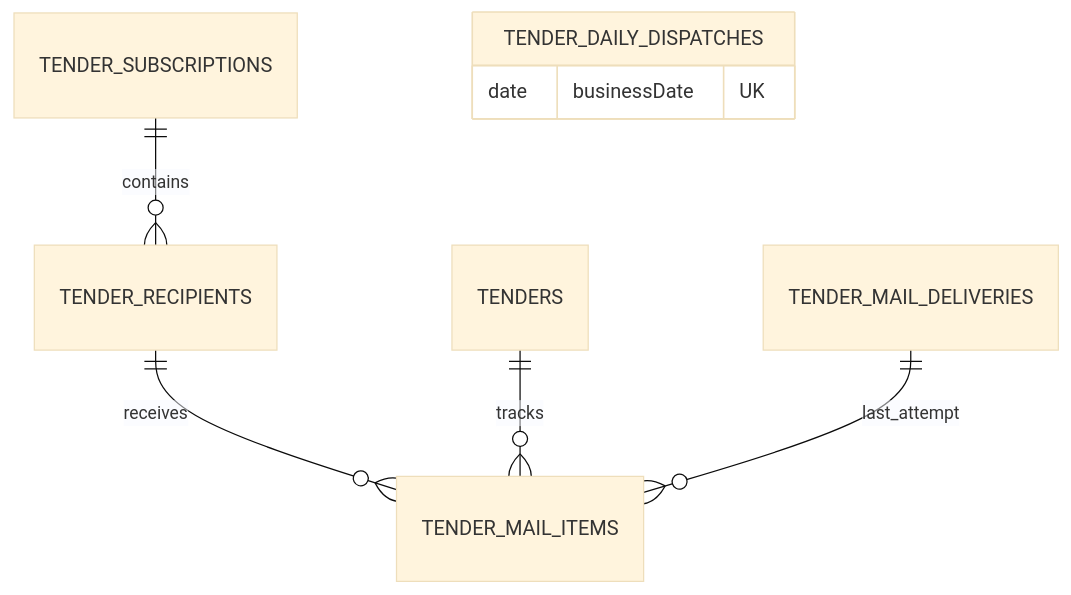
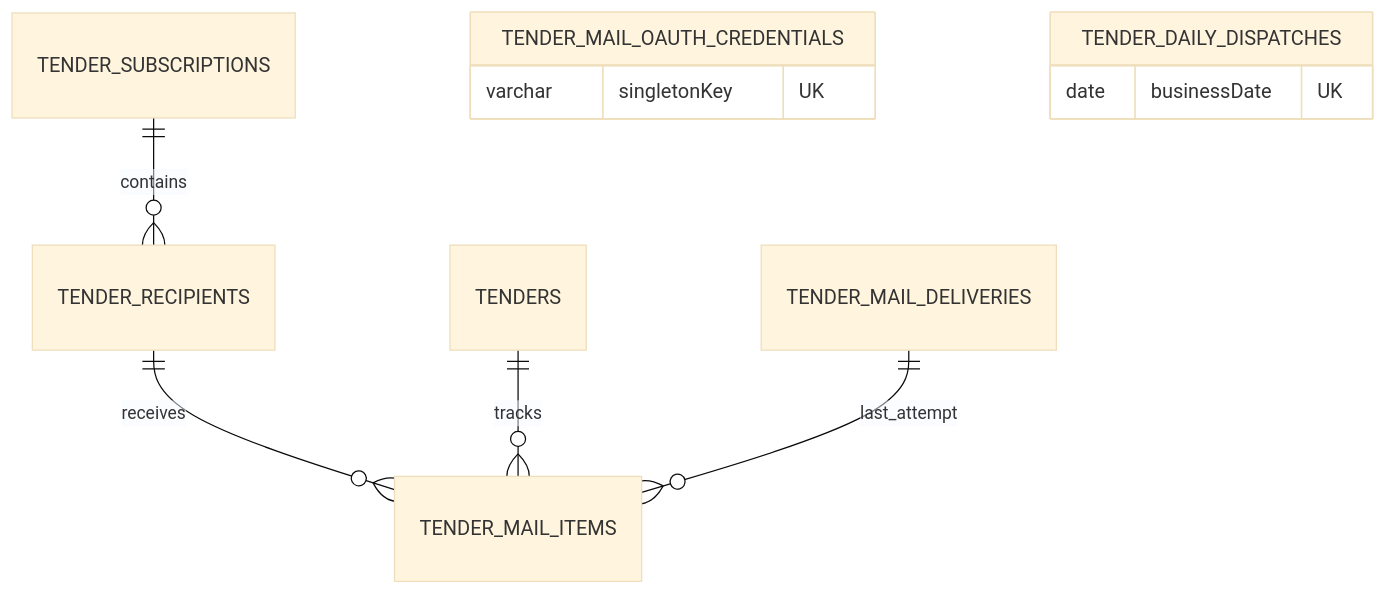
The diagram in database-schema.md (df-kjh/dfkorea-homepage), drawn with Mermaid (base theme) before and after one commit. The commit also changed other lines of this file and 32 other files, not shown here.

Commit message:
feat: send tender mail through NAVER WORKS API

````diff
--- a/database-schema.md
+++ b/database-schema.md
@@ -29,10 +29,13 @@
 ```mermaid
 erDiagram
   TENDER_SUBSCRIPTIONS ||--o{ TENDER_RECIPIENTS : contains
   TENDER_RECIPIENTS ||--o{ TENDER_MAIL_ITEMS : receives
   TENDERS ||--o{ TENDER_MAIL_ITEMS : tracks
   TENDER_MAIL_DELIVERIES ||--o{ TENDER_MAIL_ITEMS : last_attempt
+  TENDER_MAIL_OAUTH_CREDENTIALS {
+    varchar singletonKey UK
+  }
   TENDER_DAILY_DISPATCHES {
     date businessDate UK
   }
 ```
````
